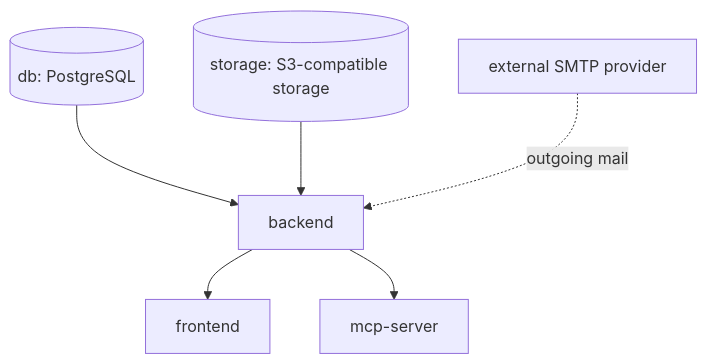
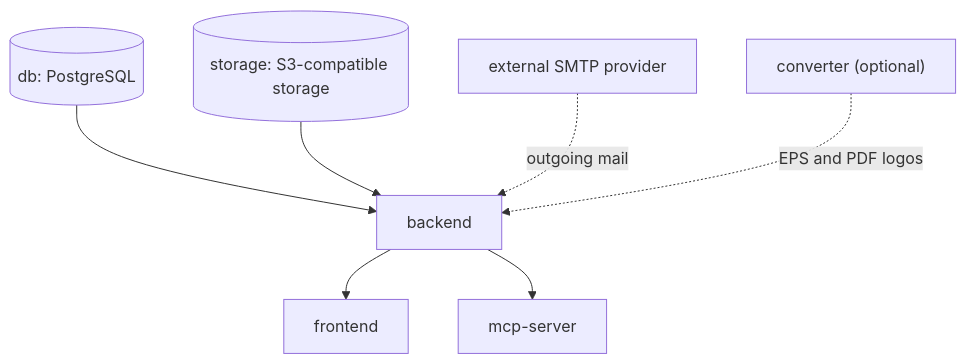
One commit to ballardr/reqtrackmanager changed the first of 6 diagrams in docs/deployment.md. Above: the diagram before and after it, drawn with Mermaid. The commit also changed other lines of this file and 918 other files, not shown here.

````diff
--- a/docs/deployment.md
+++ b/docs/deployment.md
@@ -25,8 +25,9 @@
 ```mermaid
 flowchart TD
     DB[(db: PostgreSQL)] --> BE[backend]
     Storage[(storage: S3-compatible storage)] --> BE
     BE --> FE[frontend]
     BE --> MCP[mcp-server]
     SMTP[external SMTP provider] -.->|outgoing mail| BE
+    CV["converter (optional)"] -.->|EPS and PDF logos| BE
 ```
````
